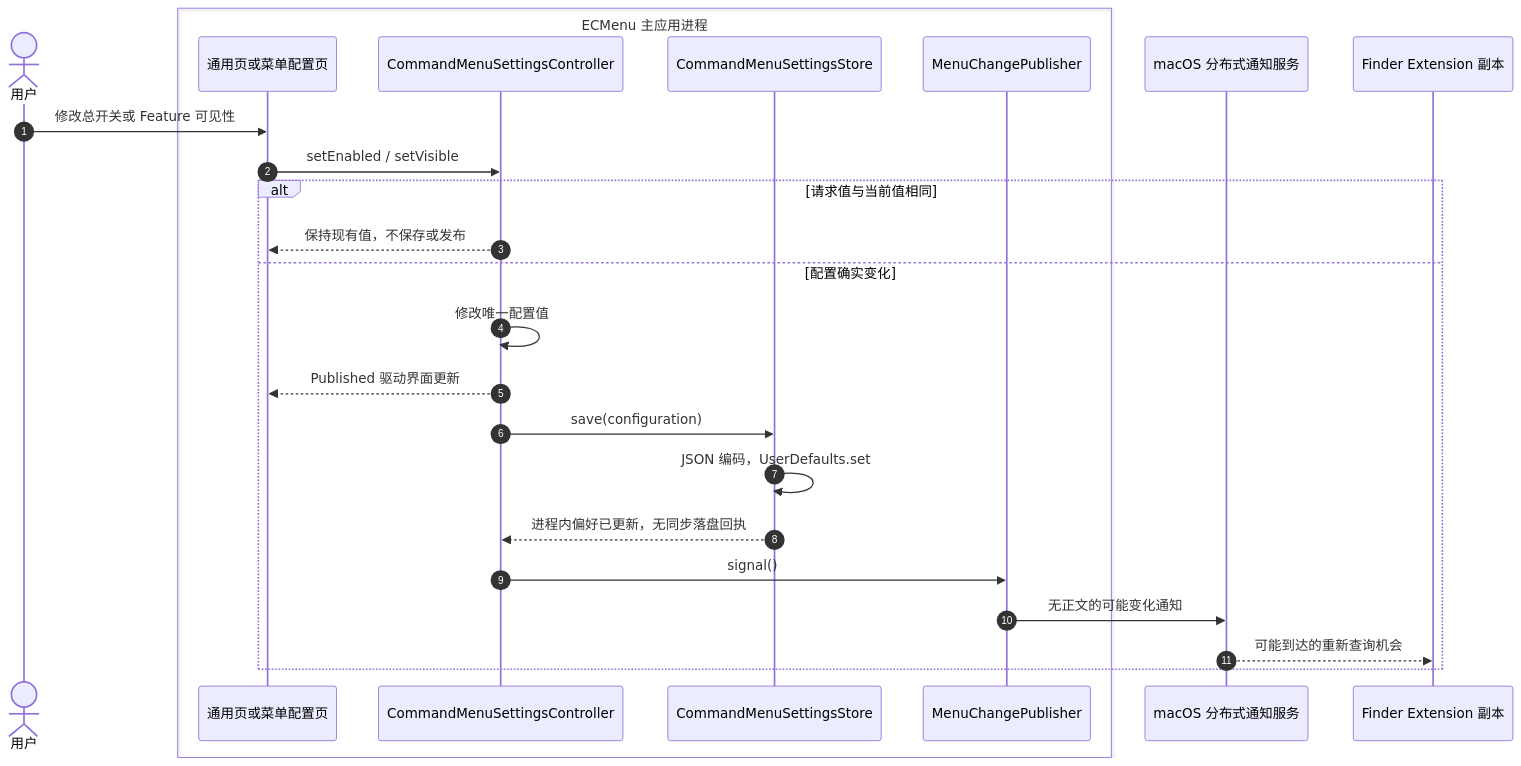
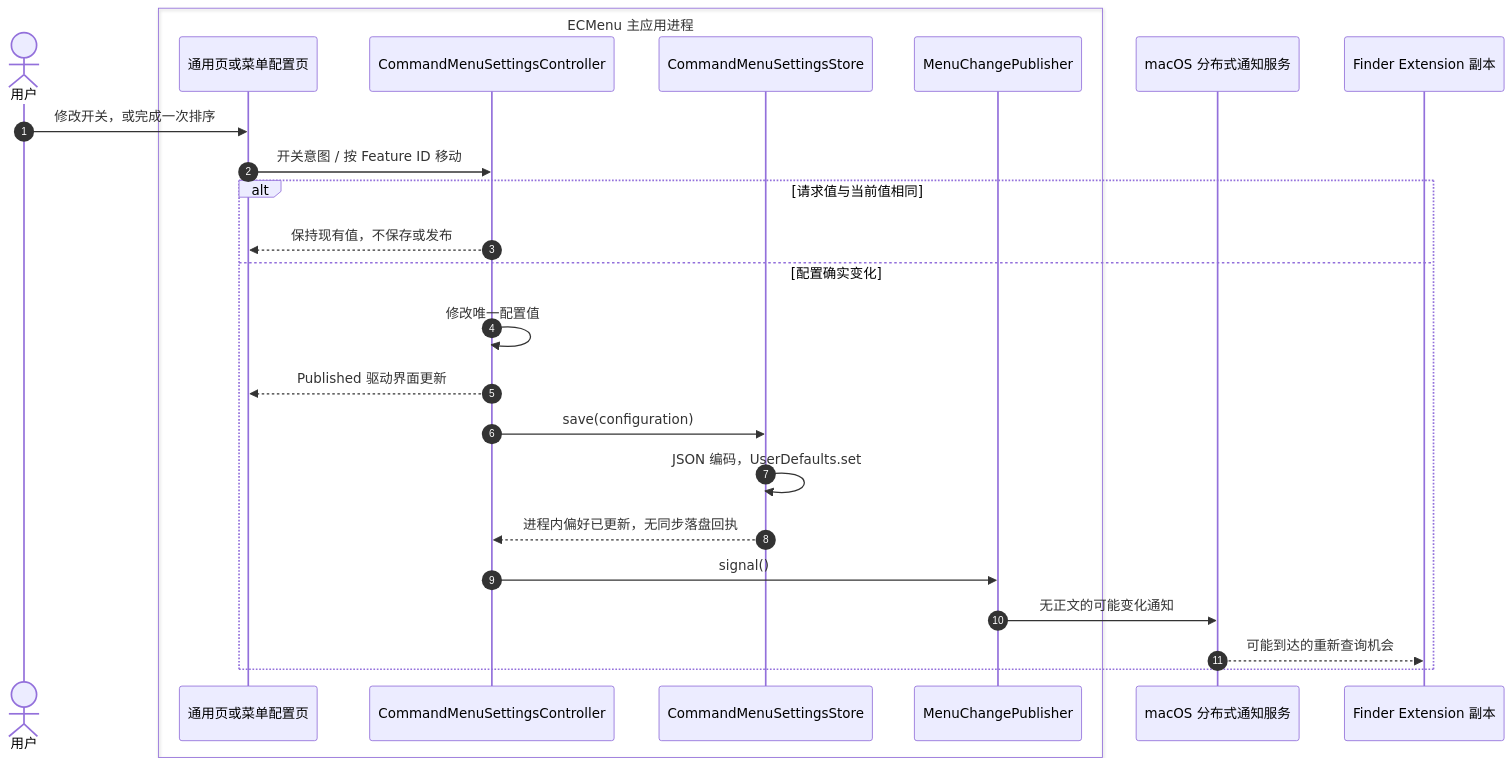
The first of 2 diagrams in spec/Technical/Runtime/CommandMenuSettings.md (tlb-22/mac-tool-ecmenu), drawn with Mermaid before and after one commit. The commit also changed other lines of this file and 48 other files, not shown here.

````diff
--- a/spec/Technical/Runtime/CommandMenuSettings.md
+++ b/spec/Technical/Runtime/CommandMenuSettings.md
@@ -7,27 +7,27 @@
 ```mermaid
 sequenceDiagram
     autonumber
     actor U as 用户
     box ECMenu 主应用进程
         participant V as 通用页或菜单配置页
         participant C as CommandMenuSettingsController
         participant S as CommandMenuSettingsStore
         participant P as MenuChangePublisher
     end
     participant N as macOS 分布式通知服务
     participant E as Finder Extension 副本
-    U->>V: 修改总开关或 Feature 可见性
-    V->>C: setEnabled / setVisible
+    U->>V: 修改开关，或完成一次排序
+    V->>C: 开关意图 / 按 Feature ID 移动
     alt 请求值与当前值相同
         C-->>V: 保持现有值，不保存或发布
     else 配置确实变化
         C->>C: 修改唯一配置值
         C-->>V: Published 驱动界面更新
         C->>S: save(configuration)
         S->>S: JSON 编码，UserDefaults.set
         S-->>C: 进程内偏好已更新，无同步落盘回执
         C->>P: signal()
         P->>N: 无正文的可能变化通知
         N-->>E: 可能到达的重新查询机会
     end
 ```
````
